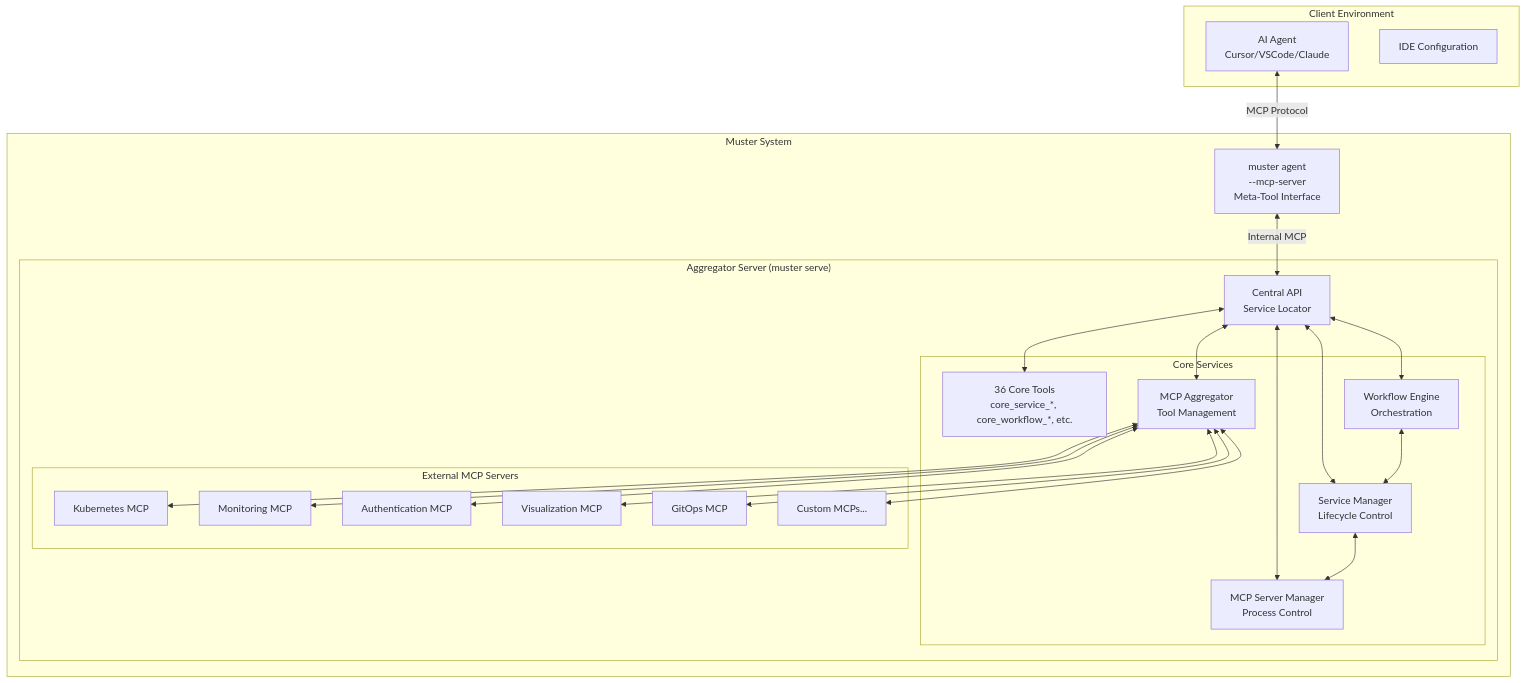
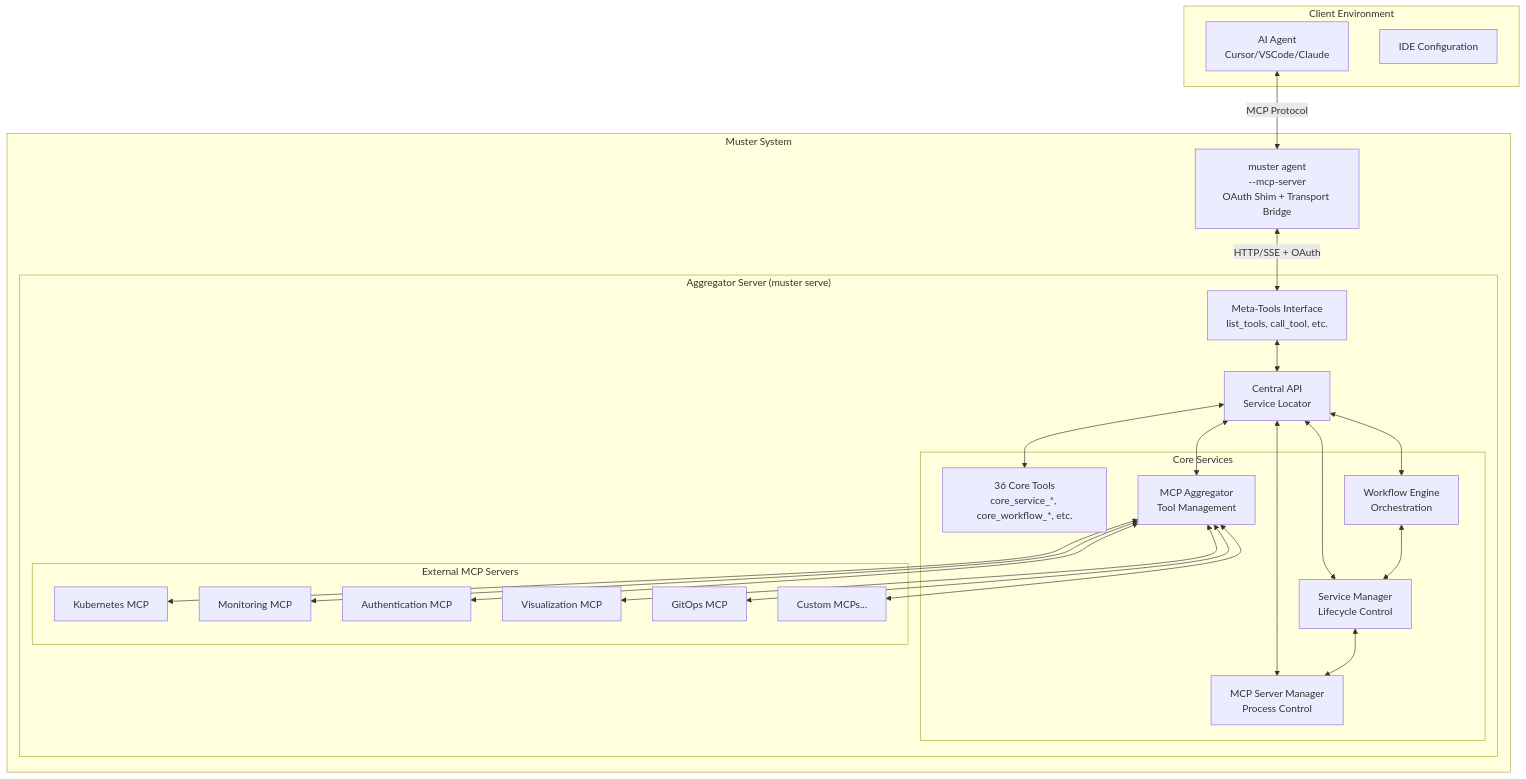
The first of 5 diagrams in docs/explanation/architecture.md (giantswarm/muster), drawn with Mermaid before and after one commit. The commit also changed other lines of this file and 8 other files, not shown here.

First line of the commit message:
Docs: Server-Side Meta-Tools Documentation (closes #345)

````diff
--- a/docs/explanation/architecture.md
+++ b/docs/explanation/architecture.md
@@ -9,50 +9,52 @@
 ```mermaid
 graph TB
     subgraph "Client Environment"
         Agent[AI Agent<br/>Cursor/VSCode/Claude]
         IDE[IDE Configuration]
     end
     
     subgraph "Muster System"
-        MusterAgent[muster agent<br/>--mcp-server<br/>Meta-Tool Interface]
+        MusterAgent[muster agent<br/>--mcp-server<br/>OAuth Shim + Transport Bridge]
         
         subgraph "Aggregator Server (muster serve)"
+            MetaTools[Meta-Tools Interface<br/>list_tools, call_tool, etc.]
             API[Central API<br/>Service Locator]
             
             subgraph "Core Services"
                 CoreTools[36 Core Tools<br/>core_service_*, core_workflow_*, etc.]
                 Aggregator[MCP Aggregator<br/>Tool Management]
                 ServiceMgr[Service Manager<br/>Lifecycle Control]
                 Workflow[Workflow Engine<br/>Orchestration]
                 MCPServer[MCP Server Manager<br/>Process Control]
             end
             
             subgraph "External MCP Servers"
                 K8s[Kubernetes MCP]
                 Prometheus[Monitoring MCP]
                 Teleport[Authentication MCP]
                 Grafana[Visualization MCP]
                 Flux[GitOps MCP]
                 Custom[Custom MCPs...]
             end
         end
     end
     
     Agent <-->|MCP Protocol| MusterAgent
-    MusterAgent <-->|Internal MCP| API
+    MusterAgent <-->|HTTP/SSE + OAuth| MetaTools
+    MetaTools <--> API
     API <--> CoreTools
     API <--> Aggregator
     API <--> ServiceMgr
     API <--> Workflow
     API <--> MCPServer
     
     Aggregator <--> K8s
     Aggregator <--> Prometheus
     Aggregator <--> Teleport
     Aggregator <--> Grafana
     Aggregator <--> Flux
     Aggregator <--> Custom
     
     ServiceMgr <--> MCPServer
     Workflow <--> ServiceMgr
 ```
````
